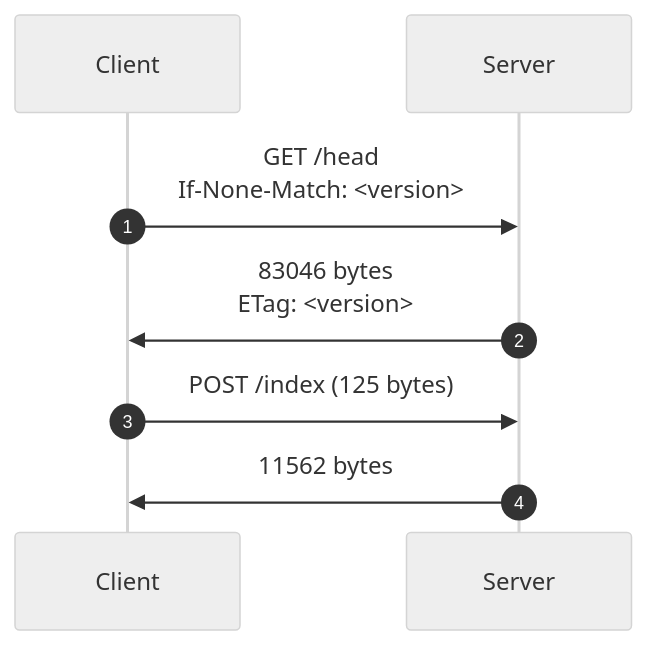
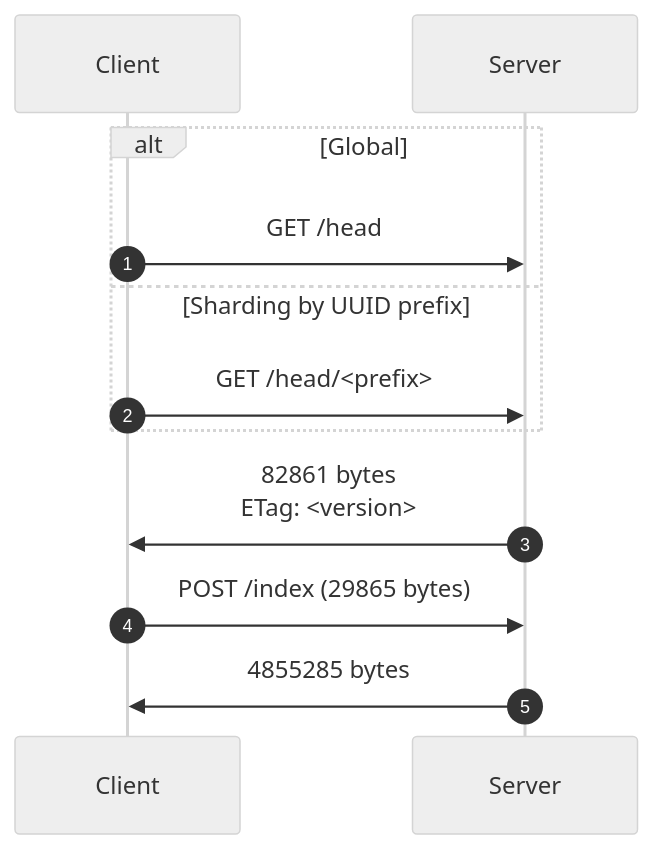
The third of 4 diagrams in PROPOSAL.md (bitmeta69/securedrop), drawn with Mermaid (neutral theme) before and after one commit. The commit also changed other lines of this file, not shown here.

Commit message:
docs: generalize version semantics to deterministic shards by UUID prefix

````diff
--- a/PROPOSAL.md
+++ b/PROPOSAL.md
@@ -142,13 +142,17 @@
 ```mermaid
 sequenceDiagram
 autonumber
 
 participant Client
 participant Server
 
-Client ->> Server: GET /head<br>If-None-Match: <version>
-Server ->> Client: 83046 bytes<br>ETag: <version>
+alt Global
+Client ->> Server: GET /head
+else Sharding by UUID prefix
+Client ->> Server: GET /head/<prefix>
+end
+Server ->> Client: 82861 bytes<br>ETag: <version>
 
-Client ->> Server: POST /index (125 bytes)
-Server ->> Client: 11562 bytes
+Client ->> Server: POST /index (29865 bytes)
+Server ->> Client: 4855285 bytes
 ```
````
